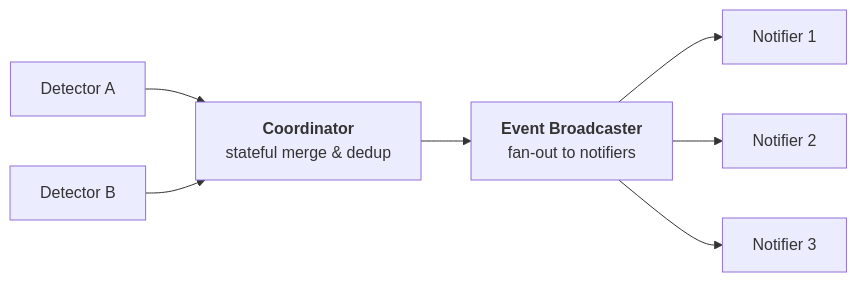
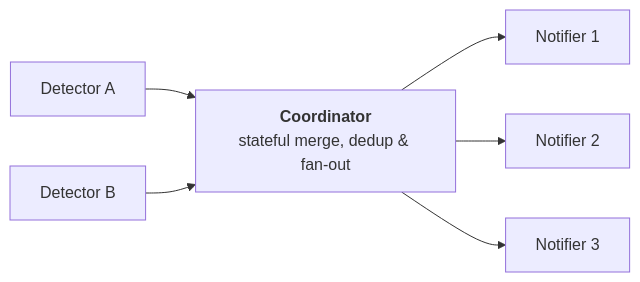
The diagram in docs/development/architecture.md (shuhaowu/CameraCoordinator), drawn with Mermaid before and after one commit. The commit also changed other lines of this file and 5 other files, not shown here.

Commit message:
Further simplification of architecture

````diff
--- a/docs/development/architecture.md
+++ b/docs/development/architecture.md
@@ -18,14 +17,13 @@
 ```mermaid
 flowchart LR
     D1["Detector A"]
     D2["Detector B"]
-    Coordinator["<b>Coordinator</b><br/>stateful merge & dedup"]
-    Broadcaster["<b>Event Broadcaster</b><br/>fan‑out to notifiers"]
-    A1["Notifier 1"]
-    A2["Notifier 2"]
-    A3["Notifier 3"]
+    Coordinator["<b>Coordinator</b><br/>stateful merge, dedup & fan‑out"]
+    A1["Notifier 1"]
+    A2["Notifier 2"]
+    A3["Notifier 3"]
 
-    D1 & D2 --> Coordinator --> Broadcaster --> A1
-    Broadcaster --> A2
-    Broadcaster --> A3
+    D1 & D2 --> Coordinator --> A1
+    Coordinator --> A2
+    Coordinator --> A3
 ```
````
